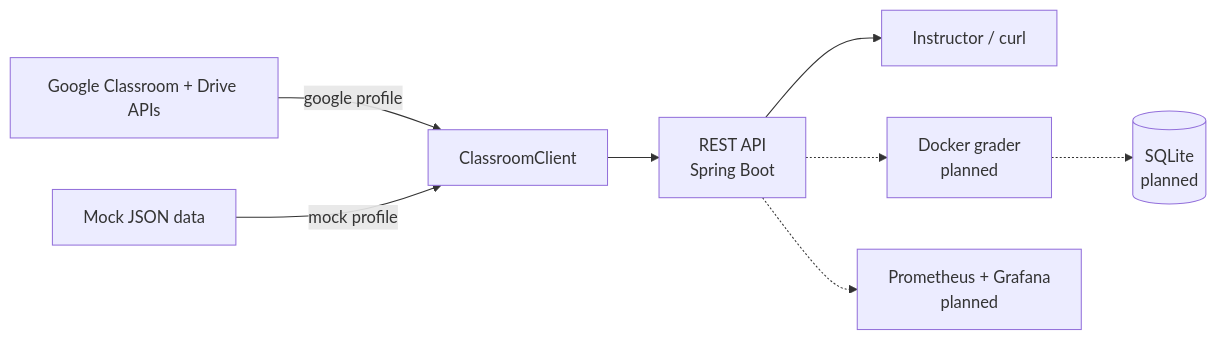
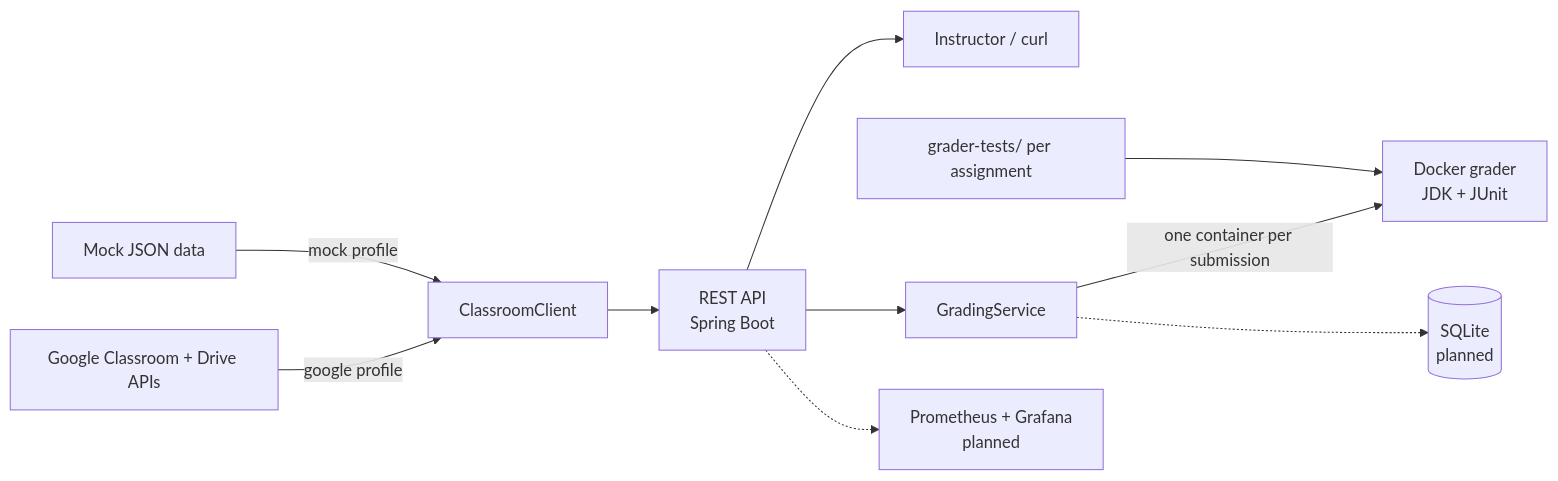
Before and after one commit to htoor01/auto-ta: the diagram in README.md, drawn with Mermaid. The commit also changed other lines of this file and 1 other file, not shown here.

Commit message:
Update README and CLAUDE.md for the Docker grader

````diff
--- a/README.md
+++ b/README.md
@@ -96,10 +120,12 @@
 ```mermaid
 flowchart LR
     GC[Google Classroom + Drive APIs] -->|google profile| CC[ClassroomClient]
     MD[Mock JSON data] -->|mock profile| CC
     CC --> API[REST API<br/>Spring Boot]
     API --> User[Instructor / curl]
-    API -.-> G[Docker grader<br/>planned]
-    G -.-> DB[(SQLite<br/>planned)]
+    API --> GS[GradingService]
+    GS -->|one container per submission| G[Docker grader<br/>JDK + JUnit]
+    T[grader-tests/ per assignment] --> G
+    GS -.-> DB[(SQLite<br/>planned)]
     API -.-> M[Prometheus + Grafana<br/>planned]
 ```
````
